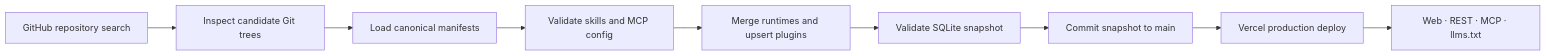
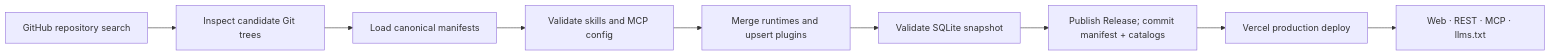
One commit to IchenDEV/agent-plugin-mkt changed the diagram in README.md. Above: the diagram before and after it, drawn with Mermaid. The commit also changed other lines of this file and 29 other files, not shown here.

Commit message:
feat: publish verified release snapshots and resume bounded indexing

````diff
--- a/README.md
+++ b/README.md
@@ -91,11 +91,11 @@
 ```mermaid
 flowchart LR
     A["GitHub repository search"] --> B["Inspect candidate Git trees"]
     B --> C["Load canonical manifests"]
     C --> D["Validate skills and MCP config"]
     D --> E["Merge runtimes and upsert plugins"]
     E --> F["Validate SQLite snapshot"]
-    F --> G["Commit snapshot to main"]
+    F --> G["Publish Release; commit manifest + catalogs"]
     G --> H["Vercel production deploy"]
     H --> I["Web · REST · MCP · llms.txt"]
 ```
````
